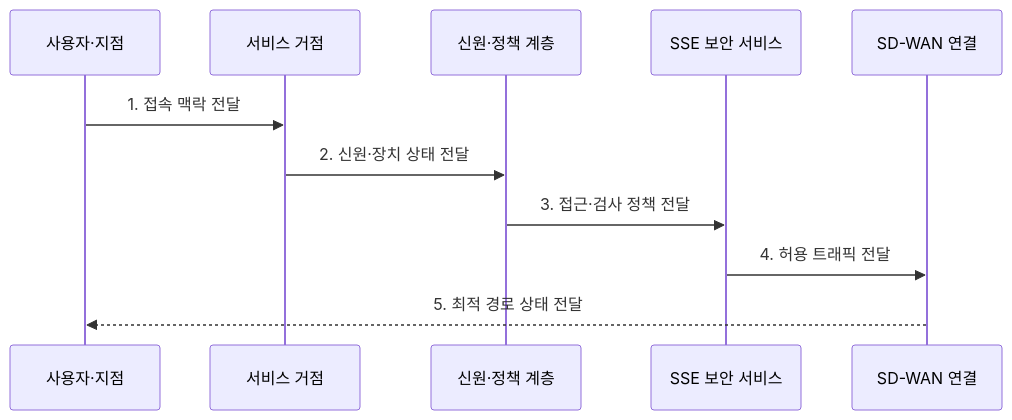
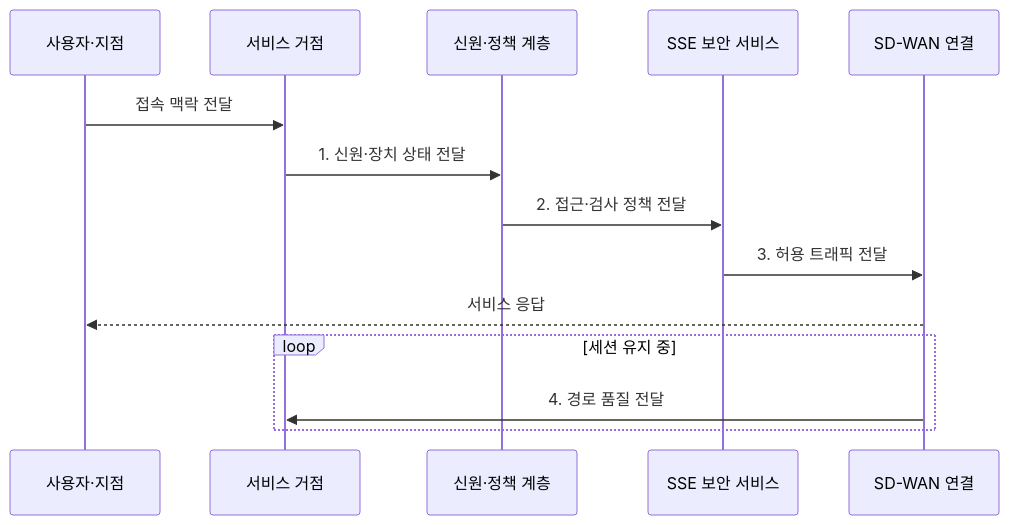
Before and after one commit to agnusdei1207/knowledge-base: the second of 2 diagrams in src/content/docs/notes/08-latest-tech/186_sase.md, drawn with Mermaid. The commit also changed other lines of this file and 225 other files, not shown here.

````diff
--- a/src/content/docs/notes/08-latest-tech/186_sase.md
+++ b/src/content/docs/notes/08-latest-tech/186_sase.md
@@ -75,13 +75,16 @@
 ```mermaid
 sequenceDiagram
     participant U as 사용자·지점
     participant P as 서비스 거점
     participant I as 신원·정책 계층
     participant S as SSE 보안 서비스
     participant W as SD-WAN 연결
-    U->>P: 1. 접속 맥락 전달
-    P->>I: 2. 신원·장치 상태 전달
-    I->>S: 3. 접근·검사 정책 전달
-    S->>W: 4. 허용 트래픽 전달
-    W-->>U: 5. 최적 경로 상태 전달
+    U->>P: 접속 맥락 전달
+    P->>I: 1. 신원·장치 상태 전달
+    I->>S: 2. 접근·검사 정책 전달
+    S->>W: 3. 허용 트래픽 전달
+    W-->>U: 서비스 응답
+    loop 세션 유지 중
+        W->>P: 4. 경로 품질 전달
+    end
 ```
````
